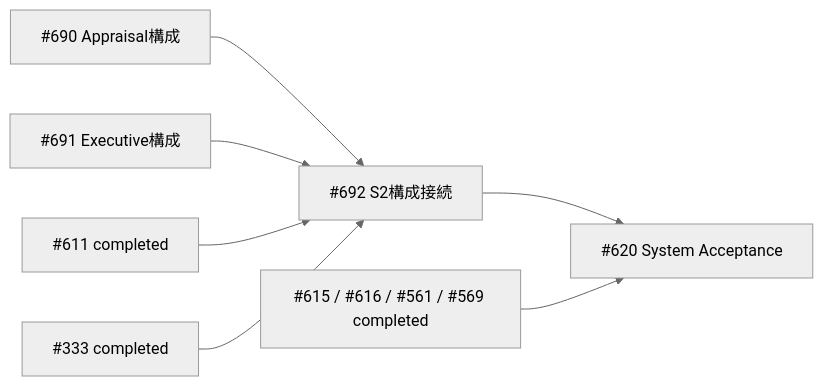
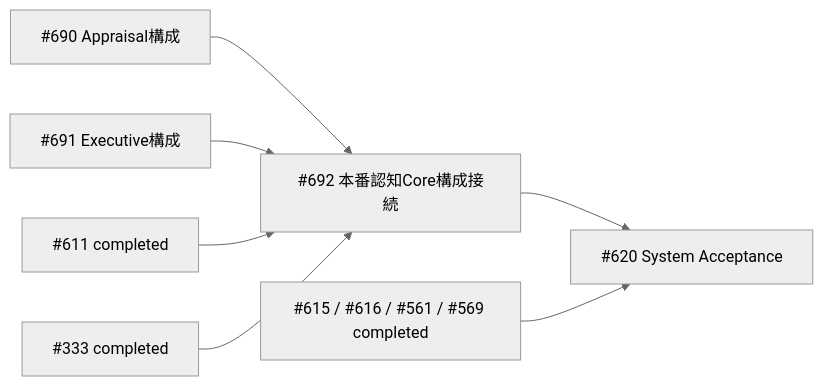
Before and after one commit to kt-workers/ai-liver-yura: the diagram in docs/architecture/v2/production_plan_current.md, drawn with Mermaid (neutral theme). The commit also changed other lines of this file and 36 other files, not shown here.

````diff
--- a/docs/architecture/v2/production_plan_current.md
+++ b/docs/architecture/v2/production_plan_current.md
@@ -148,9 +148,9 @@
 ```mermaid
 flowchart LR
-  A["#690 Appraisal構成"] --> C["#692 S2構成接続"]
+  A["#690 Appraisal構成"] --> C["#692 本番認知Core構成接続"]
   B["#691 Executive構成"] --> C
   D["#611 completed"] --> C
   E["#333 completed"] --> C
   C --> F["#620 System Acceptance"]
   G["#615 / #616 / #561 / #569 completed"] --> F
 ```
````
